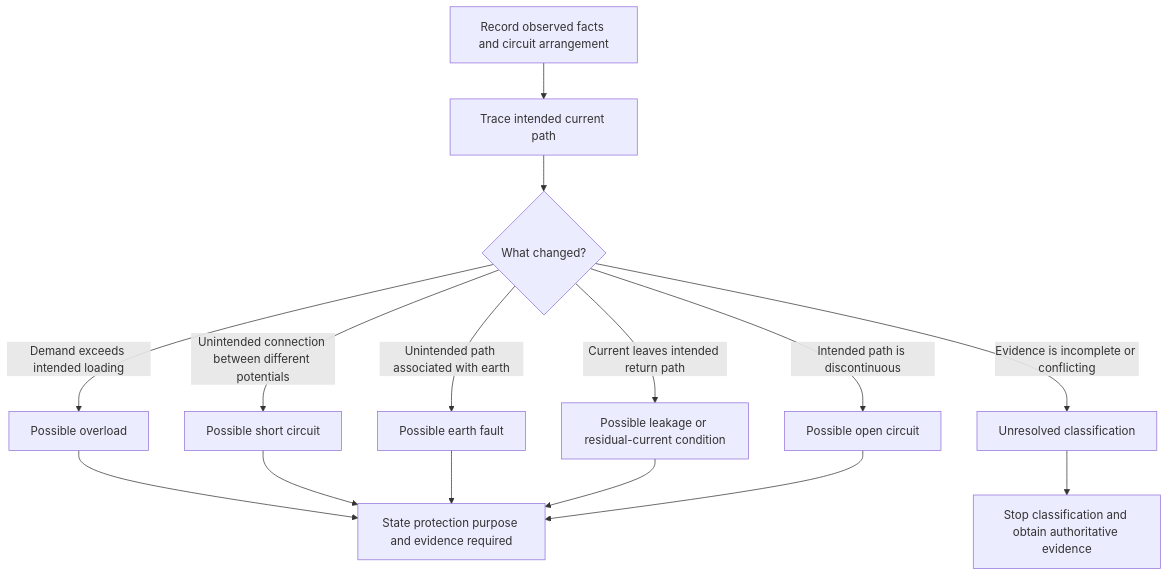
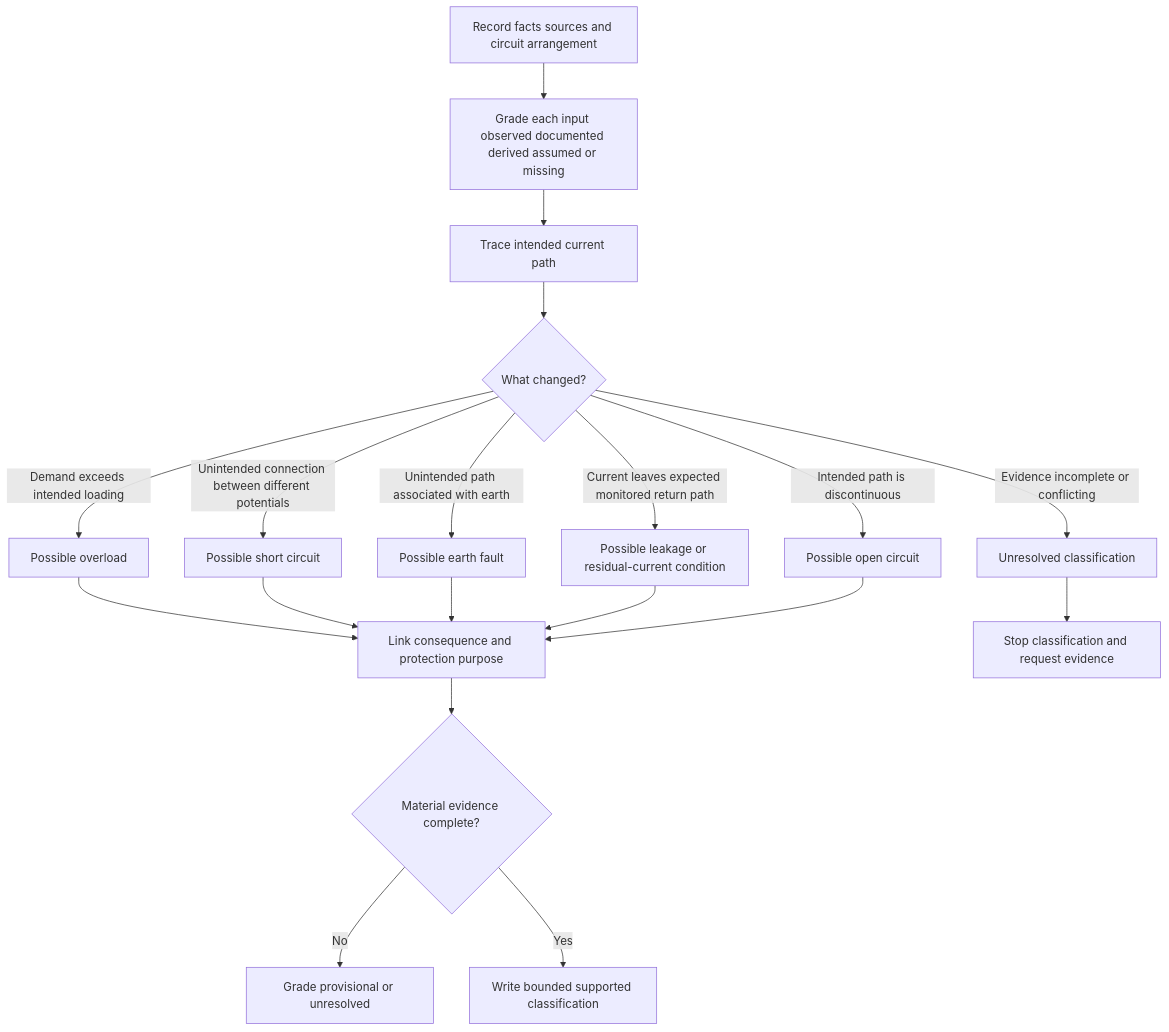
One commit to andrew3stedall/capstone changed the first of 2 diagrams in docs/learning-plans/6-week/modules/day-03-fundamental-protection-concepts-and-fault-types.md. Above: the diagram before and after it, drawn with Mermaid. The commit also changed other lines of this file, not shown here.

Commit message:
Improve six-week Day 3 protection module

````diff
--- a/docs/learning-plans/6-week/modules/day-03-fundamental-protection-concepts-and-fault-types.md
+++ b/docs/learning-plans/6-week/modules/day-03-fundamental-protection-concepts-and-fault-types.md
@@ -152,17 +184,21 @@
 ```mermaid
 flowchart TD
-    A["Record observed facts and circuit arrangement"] --> B["Trace intended current path"]
-    B --> C{"What changed?"}
-    C -->|"Demand exceeds intended loading"| D["Possible overload"]
-    C -->|"Unintended connection between different potentials"| E["Possible short circuit"]
-    C -->|"Unintended path associated with earth"| F["Possible earth fault"]
-    C -->|"Current leaves intended return path"| G["Possible leakage or residual-current condition"]
-    C -->|"Intended path is discontinuous"| H["Possible open circuit"]
-    C -->|"Evidence is incomplete or conflicting"| I["Unresolved classification"]
-    D --> J["State protection purpose and evidence required"]
-    E --> J
-    F --> J
-    G --> J
-    H --> J
-    I --> K["Stop classification and obtain authoritative evidence"]
+    A["Record facts sources and circuit arrangement"] --> B["Grade each input observed documented derived assumed or missing"]
+    B --> C["Trace intended current path"]
+    C --> D{"What changed?"}
+    D -->|"Demand exceeds intended loading"| E["Possible overload"]
+    D -->|"Unintended connection between different potentials"| F["Possible short circuit"]
+    D -->|"Unintended path associated with earth"| G["Possible earth fault"]
+    D -->|"Current leaves expected monitored return path"| H["Possible leakage or residual-current condition"]
+    D -->|"Intended path is discontinuous"| I["Possible open circuit"]
+    D -->|"Evidence incomplete or conflicting"| J["Unresolved classification"]
+    E --> K["Link consequence and protection purpose"]
+    F --> K
+    G --> K
+    H --> K
+    I --> K
+    J --> L["Stop classification and request evidence"]
+    K --> M{"Material evidence complete?"}
+    M -->|"No"| N["Grade provisional or unresolved"]
+    M -->|"Yes"| O["Write bounded supported classification"]
 ```
````
